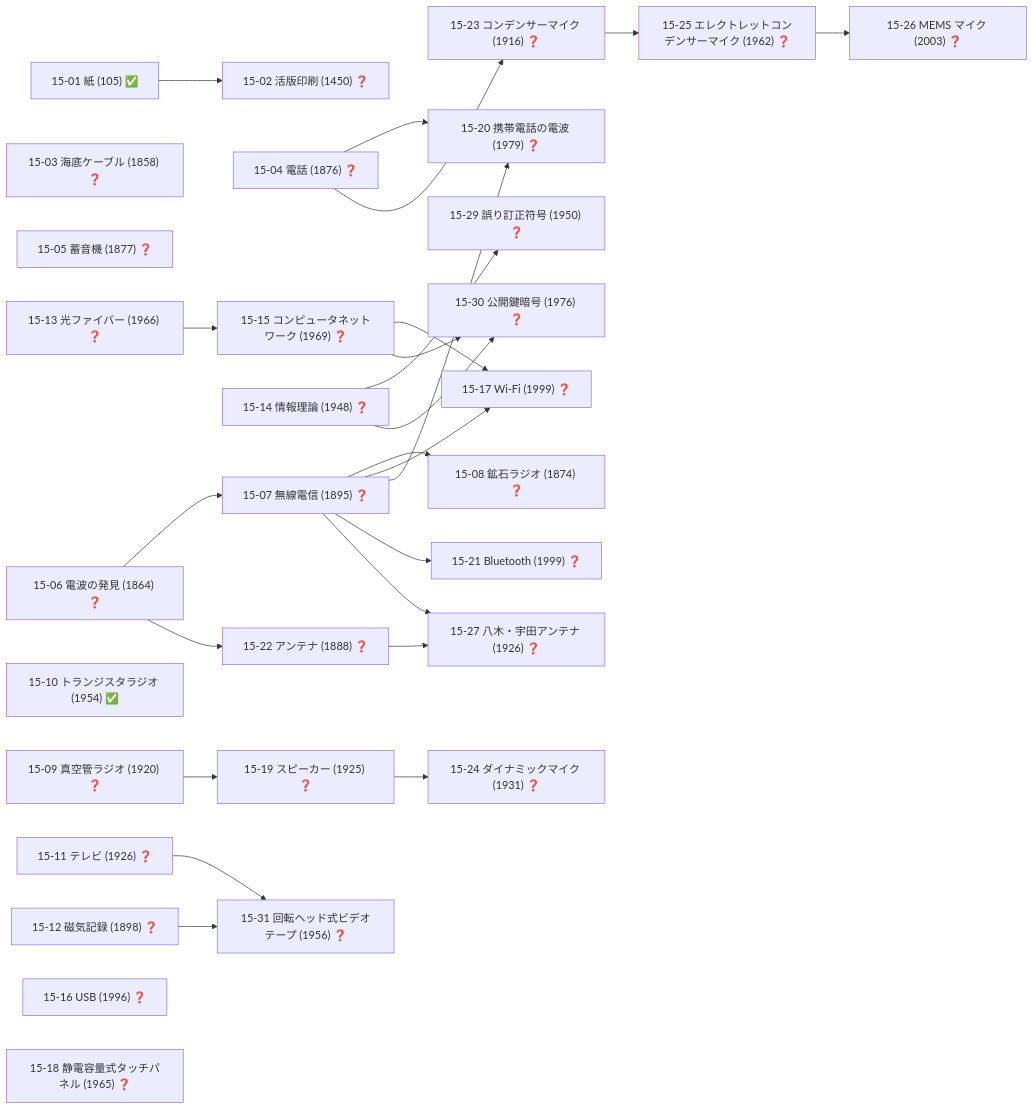
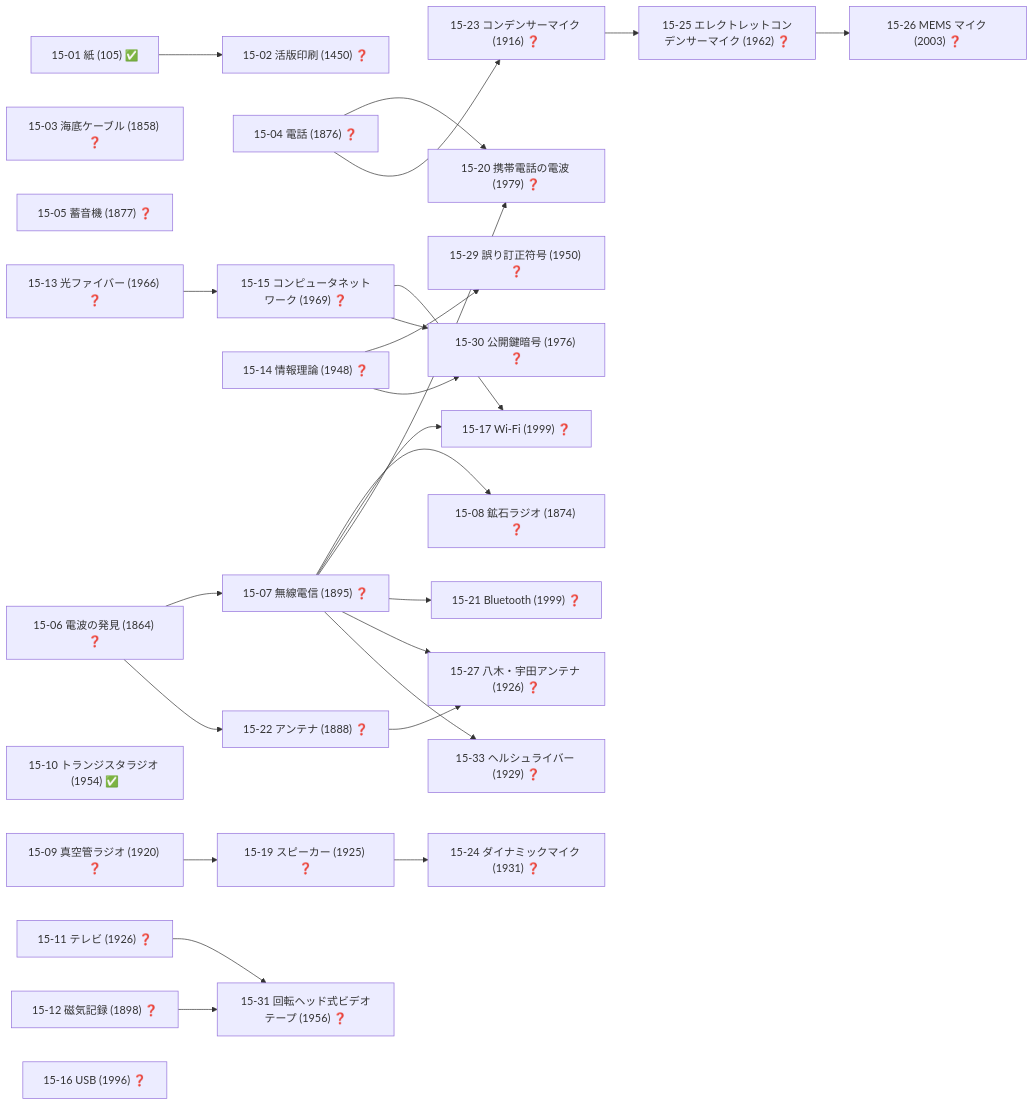
Before and after one commit to taku3i0317-collab/semiconductor-lab: diagram 18 of 19 in docs/TECH_TREE_VIEW.md, drawn with Mermaid. The commit also changed other lines of this file and 12 other files, not shown here.

````diff
--- a/docs/TECH_TREE_VIEW.md
+++ b/docs/TECH_TREE_VIEW.md
@@ -954,55 +963,56 @@
 ```mermaid
 graph LR
   n15_01["15-01 紙 (105) ✅"]
   n15_02["15-02 活版印刷 (1450) ❓"]
   n15_03["15-03 海底ケーブル (1858) ❓"]
   n15_04["15-04 電話 (1876) ❓"]
   n15_05["15-05 蓄音機 (1877) ❓"]
   n15_06["15-06 電波の発見 (1864) ❓"]
   n15_07["15-07 無線電信 (1895) ❓"]
   n15_08["15-08 鉱石ラジオ (1874) ❓"]
   n15_09["15-09 真空管ラジオ (1920) ❓"]
   n15_10["15-10 トランジスタラジオ (1954) ✅"]
   n15_11["15-11 テレビ (1926) ❓"]
   n15_12["15-12 磁気記録 (1898) ❓"]
   n15_13["15-13 光ファイバー (1966) ❓"]
   n15_14["15-14 情報理論 (1948) ❓"]
   n15_15["15-15 コンピュータネットワーク (1969) ❓"]
   n15_16["15-16 USB (1996) ❓"]
   n15_17["15-17 Wi-Fi (1999) ❓"]
-  n15_18["15-18 静電容量式タッチパネル (1965) ❓"]
   n15_19["15-19 スピーカー (1925) ❓"]
   n15_20["15-20 携帯電話の電波 (1979) ❓"]
   n15_21["15-21 Bluetooth (1999) ❓"]
   n15_22["15-22 アンテナ (1888) ❓"]
   n15_23["15-23 コンデンサーマイク (1916) ❓"]
   n15_24["15-24 ダイナミックマイク (1931) ❓"]
   n15_25["15-25 エレクトレットコンデンサーマイク (1962) ❓"]
   n15_26["15-26 MEMS マイク (2003) ❓"]
   n15_27["15-27 八木・宇田アンテナ (1926) ❓"]
   n15_29["15-29 誤り訂正符号 (1950) ❓"]
   n15_30["15-30 公開鍵暗号 (1976) ❓"]
   n15_31["15-31 回転ヘッド式ビデオテープ (1956) ❓"]
+  n15_33["15-33 ヘルシュライバー (1929) ❓"]
   n15_01-->n15_02
   n15_06-->n15_07
   n15_07-->n15_08
   n15_13-->n15_15
   n15_07-->n15_17
   n15_15-->n15_17
   n15_09-->n15_19
   n15_04-->n15_20
   n15_07-->n15_20
   n15_07-->n15_21
   n15_06-->n15_22
   n15_04-->n15_23
   n15_19-->n15_24
   n15_23-->n15_25
   n15_25-->n15_26
   n15_07-->n15_27
   n15_22-->n15_27
   n15_14-->n15_29
   n15_14-->n15_30
   n15_15-->n15_30
   n15_11-->n15_31
   n15_12-->n15_31
+  n15_07-->n15_33
 ```
````
